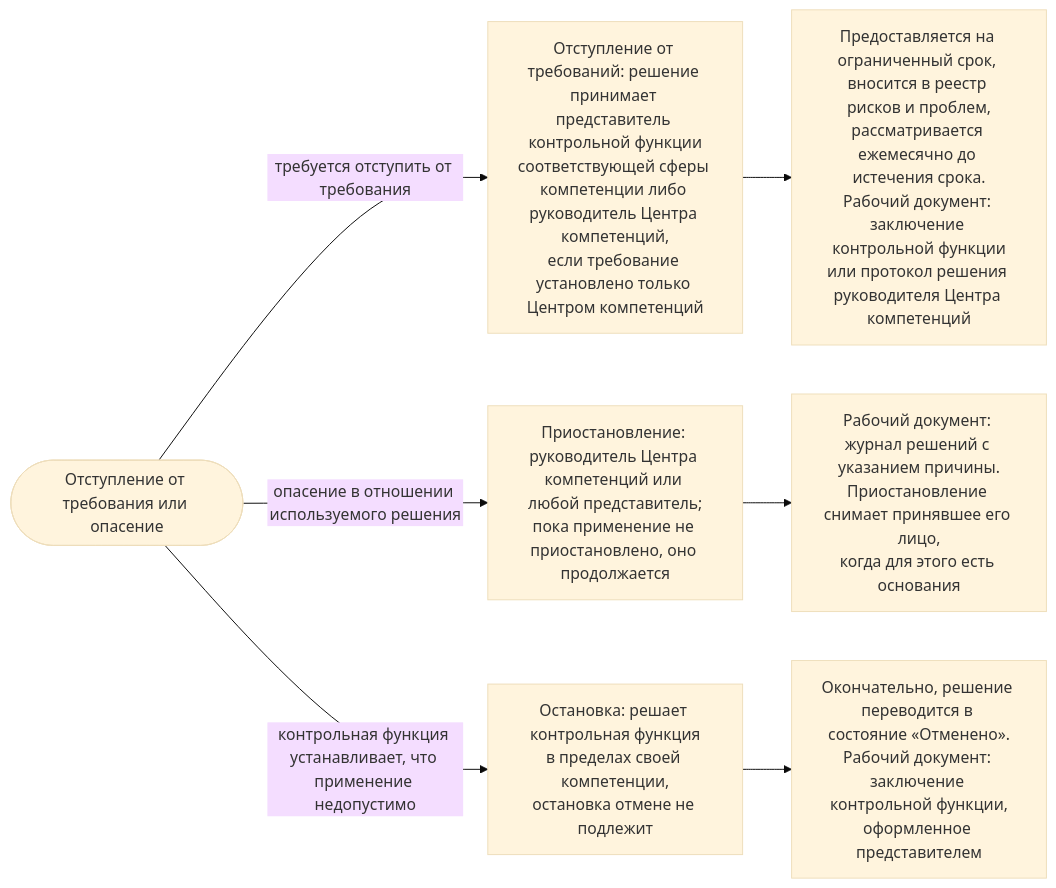
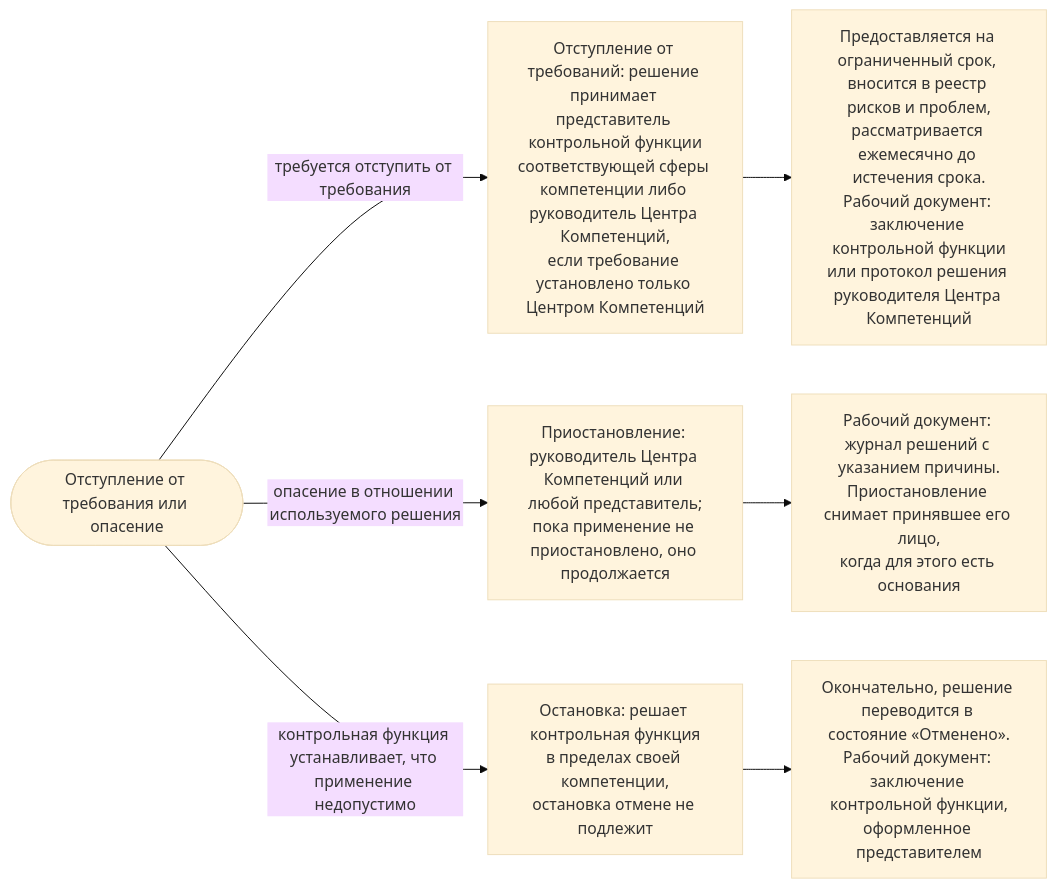
Before and after one commit to devhogu/ob-aicc: the third of 3 diagrams in charter/ru/workflows/ai-risk-control.md, drawn with Mermaid (base theme). The commit also changed other lines of this file and 550 other files, not shown here.

````diff
--- a/charter/ru/workflows/ai-risk-control.md
+++ b/charter/ru/workflows/ai-risk-control.md
@@ -95,10 +95,10 @@
 ```mermaid
 flowchart LR
   EV(["Отступление от требования или опасение"])
-  EV -->|"требуется отступить от требования"| X1["Отступление от требований: решение принимает представитель контрольной функции<br/>соответствующей сферы компетенции либо руководитель Центра компетенций,<br/>если требование установлено только Центром компетенций"]
-  X1 --> X2["Предоставляется на ограниченный срок, вносится в реестр рисков и проблем,<br/>рассматривается ежемесячно до истечения срока.<br/>Рабочий документ: заключение контрольной функции<br/>или протокол решения руководителя Центра компетенций"]
-  EV -->|"опасение в отношении используемого решения"| S1["Приостановление: руководитель Центра компетенций или любой представитель;<br/>пока применение не приостановлено, оно продолжается"]
+  EV -->|"требуется отступить от требования"| X1["Отступление от требований: решение принимает представитель контрольной функции<br/>соответствующей сферы компетенции либо руководитель Центра Компетенций,<br/>если требование установлено только Центром Компетенций"]
+  X1 --> X2["Предоставляется на ограниченный срок, вносится в реестр рисков и проблем,<br/>рассматривается ежемесячно до истечения срока.<br/>Рабочий документ: заключение контрольной функции<br/>или протокол решения руководителя Центра Компетенций"]
+  EV -->|"опасение в отношении используемого решения"| S1["Приостановление: руководитель Центра Компетенций или любой представитель;<br/>пока применение не приостановлено, оно продолжается"]
   S1 --> S2["Рабочий документ: журнал решений с указанием причины.<br/>Приостановление снимает принявшее его лицо,<br/>когда для этого есть основания"]
   EV -->|"контрольная функция устанавливает, что применение недопустимо"| T1["Остановка: решает контрольная функция<br/>в пределах своей компетенции,<br/>остановка отмене не подлежит"]
   T1 --> T2["Окончательно, решение переводится в состояние «Отменено».<br/>Рабочий документ: заключение контрольной функции,<br/>оформленное представителем"]
 ```
````
